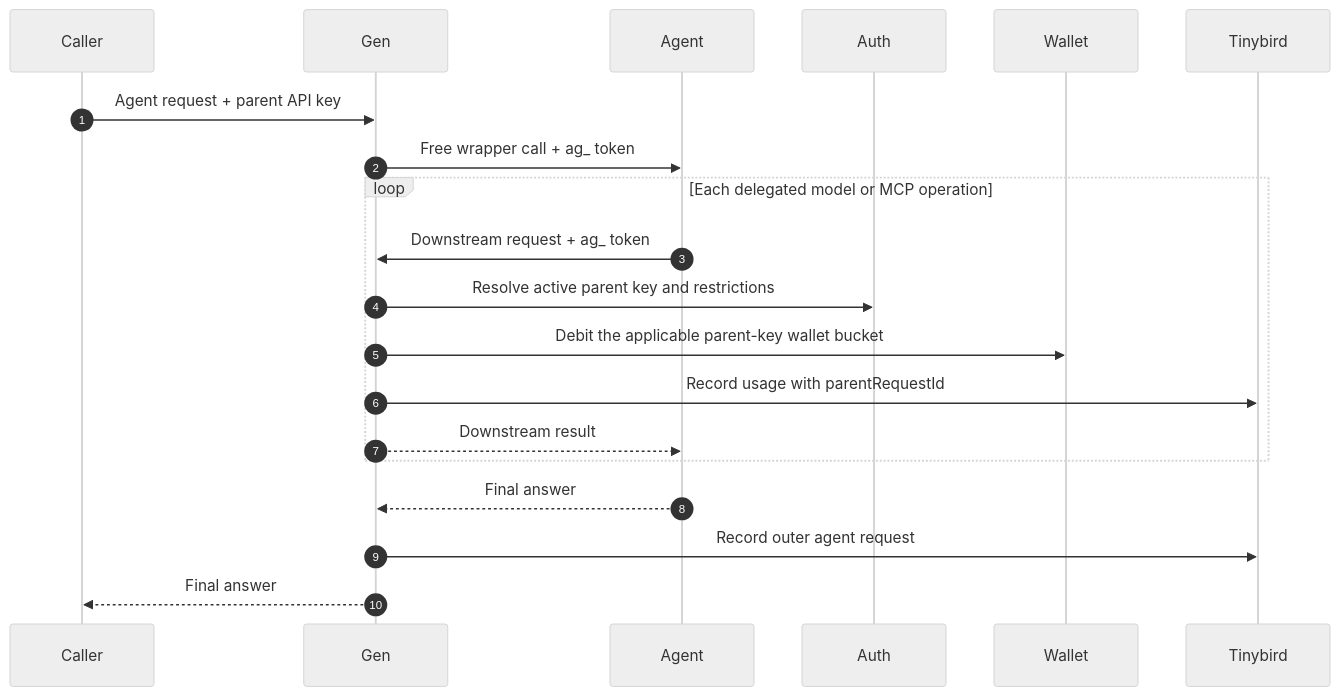
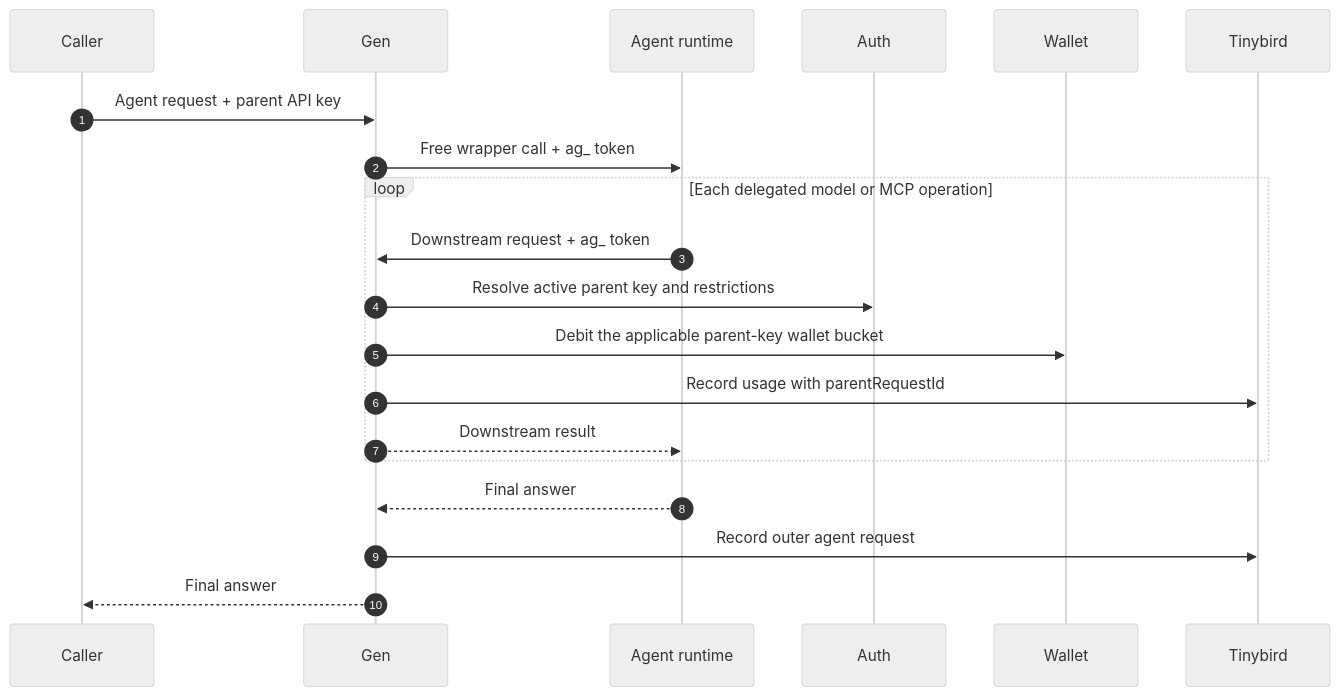
Before and after one commit to pollinations/pollinations: the fourth of 4 diagrams in AGENTS_AND_MCP.md, drawn with Mermaid (neutral theme). The commit also changed other lines of this file, not shown here.

Commit message:
docs: simplify agent architecture diagrams

````diff
--- a/AGENTS_AND_MCP.md
+++ b/AGENTS_AND_MCP.md
@@ -143,23 +153,23 @@
 ```mermaid
 sequenceDiagram
     autonumber
     participant Caller
     participant Gen
-    participant Agent
+    participant Runtime as Agent runtime
     participant Auth
     participant Wallet
     participant Tinybird
 
     Caller->>Gen: Agent request + parent API key
-    Gen->>Agent: Free wrapper call + ag_ token
+    Gen->>Runtime: Free wrapper call + ag_ token
     loop Each delegated model or MCP operation
-        Agent->>Gen: Downstream request + ag_ token
+        Runtime->>Gen: Downstream request + ag_ token
         Gen->>Auth: Resolve active parent key and restrictions
         Gen->>Wallet: Debit the applicable parent-key wallet bucket
         Gen->>Tinybird: Record usage with parentRequestId
-        Gen-->>Agent: Downstream result
+        Gen-->>Runtime: Downstream result
     end
-    Agent-->>Gen: Final answer
+    Runtime-->>Gen: Final answer
     Gen->>Tinybird: Record outer agent request
     Gen-->>Caller: Final answer
 ```
````
